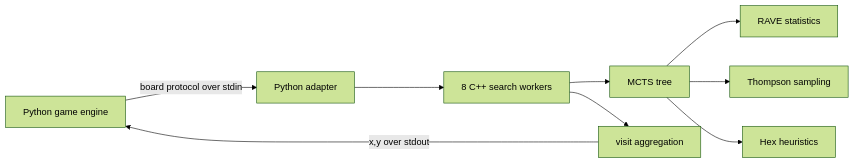
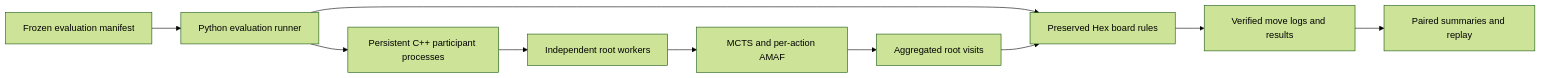
The diagram in README.md (Dongmyung378/AI-and-Games), drawn with Mermaid (forest theme) before and after one commit. The commit also changed other lines of this file and 1191 other files, not shown here.

Commit message:
Strengthen Hex search with frozen CPU evaluations and reproducible release

````diff
--- a/README.md
+++ b/README.md
@@ -35,11 +59,12 @@
 ```mermaid
 flowchart LR
-    A[Python game engine] -->|board protocol over stdin| B[Python adapter]
-    B --> C[8 C++ search workers]
-    C --> D[MCTS tree]
-    D --> E[RAVE statistics]
-    D --> F[Thompson sampling]
-    D --> G[Hex heuristics]
-    C --> H[visit aggregation]
-    H -->|x,y over stdout| A
+    A[Frozen evaluation manifest] --> B[Python evaluation runner]
+    B --> C[Preserved Hex board rules]
+    B --> D[Persistent C++ participant processes]
+    D --> E[Independent root workers]
+    E --> F[MCTS and per-action AMAF]
+    F --> G[Aggregated root visits]
+    G --> C
+    C --> H[Verified move logs and results]
+    H --> I[Paired summaries and replay]
 ```
````
